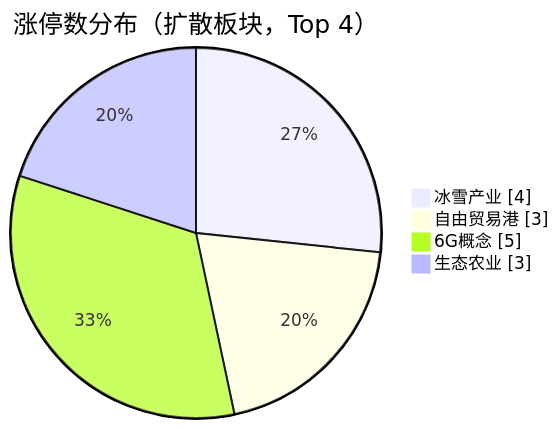
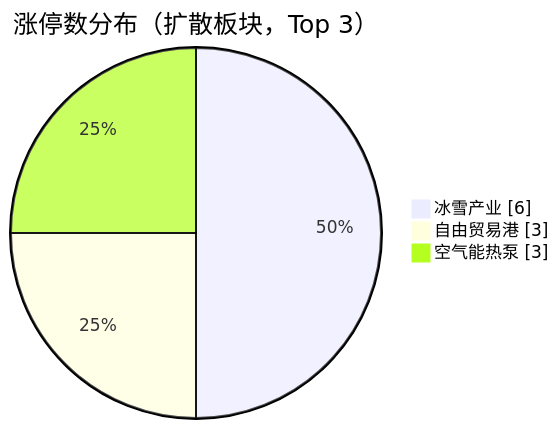
The first of 3 diagrams in content/投研交易/盘中分析/20261109.md (chenyang1999/chzl-kg), drawn with Mermaid before and after one commit. The commit also changed other lines of this file and 1 other file, not shown here.

````diff
--- a/content/投研交易/盘中分析/20261109.md
+++ b/content/投研交易/盘中分析/20261109.md
@@ -30,8 +30,7 @@
 ```mermaid
 pie showData
-    title 涨停数分布（扩散板块，Top 4）
-    "冰雪产业" : 4
+    title 涨停数分布（扩散板块，Top 3）
+    "冰雪产业" : 6
     "自由贸易港" : 3
-    "6G概念" : 5
-    "生态农业" : 3
+    "空气能热泵" : 3
 ```
````
